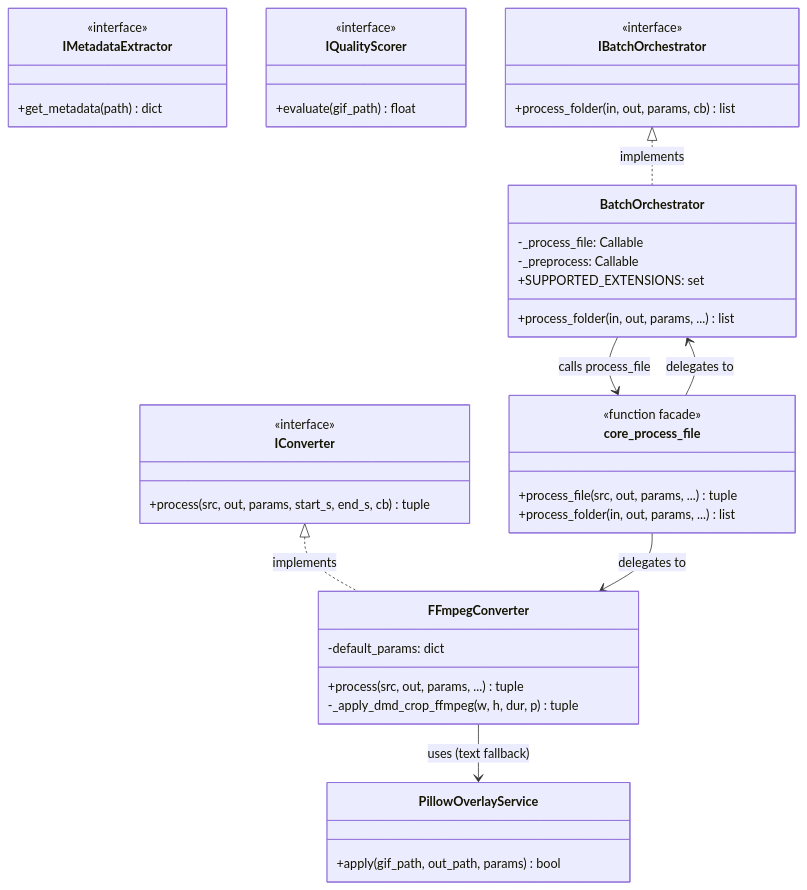
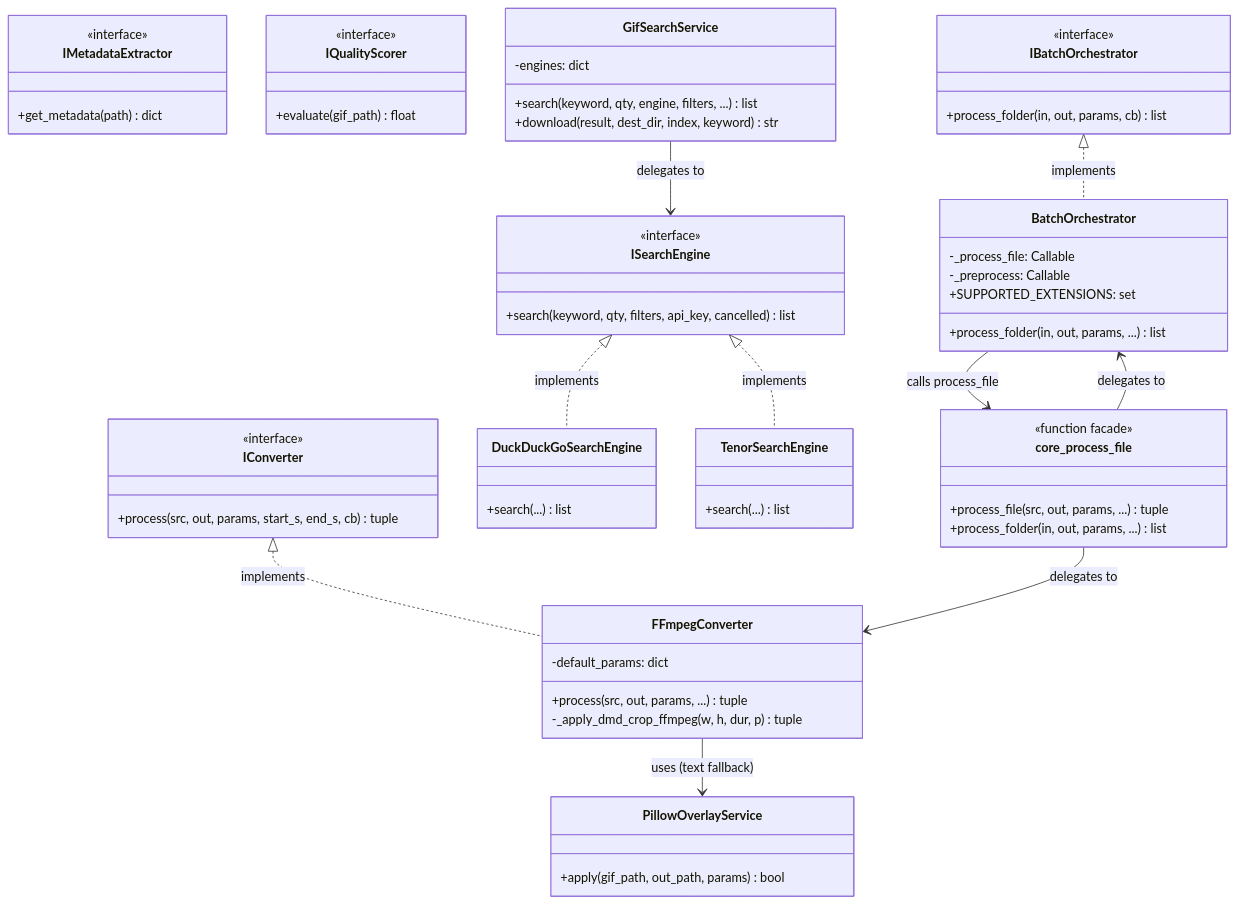
One commit to red77290/dmd_gif_converter changed the first of 8 diagrams in ARCHITECTURE.md. Above: the diagram before and after it, drawn with Mermaid. The commit also changed other lines of this file and 26 other files, not shown here.

First line of the commit message:
feat: Integrated GIF search, unified UI logging, and robust path lookups

````diff
--- a/ARCHITECTURE.md
+++ b/ARCHITECTURE.md
@@ -194,49 +195,68 @@
 ```mermaid
 classDiagram
     class IConverter {
         <<interface>>
         +process(src, out, params, start_s, end_s, cb) tuple
     }
     class IMetadataExtractor {
         <<interface>>
         +get_metadata(path) dict
     }
     class IQualityScorer {
         <<interface>>
         +evaluate(gif_path) float
     }
     class IBatchOrchestrator {
         <<interface>>
         +process_folder(in, out, params, cb) list
+    }
+    class ISearchEngine {
+        <<interface>>
+        +search(keyword, qty, filters, api_key, cancelled) list
     }
 
     class FFmpegConverter {
         -default_params: dict
         +process(src, out, params, ...) tuple
         -_apply_dmd_crop_ffmpeg(w, h, dur, p) tuple
     }
 
     class BatchOrchestrator {
         -_process_file: Callable
         -_preprocess: Callable
         +SUPPORTED_EXTENSIONS: set
         +process_folder(in, out, params, ...) list
     }
 
     class PillowOverlayService {
         +apply(gif_path, out_path, params) bool
     }
 
+    class GifSearchService {
+        -engines: dict
+        +search(keyword, qty, engine, filters, ...) list
+        +download(result, dest_dir, index, keyword) str
+    }
+    class DuckDuckGoSearchEngine {
+        +search(...) list
+    }
+    class TenorSearchEngine {
+        +search(...) list
+    }
+
     class core_process_file {
         <<function facade>>
         +process_file(src, out, params, ...) tuple
         +process_folder(in, out, params, ...) list
     }
 
     IConverter <|.. FFmpegConverter : implements
     IBatchOrchestrator <|.. BatchOrchestrator : implements
+    ISearchEngine <|.. DuckDuckGoSearchEngine : implements
+    ISearchEngine <|.. TenorSearchEngine : implements
+    GifSearchService --> ISearchEngine : delegates to
     core_process_file --> FFmpegConverter : delegates to
     core_process_file --> BatchOrchestrator : delegates to
     FFmpegConverter --> PillowOverlayService : uses (text fallback)
     BatchOrchestrator --> core_process_file : calls process_file
 ```
````
